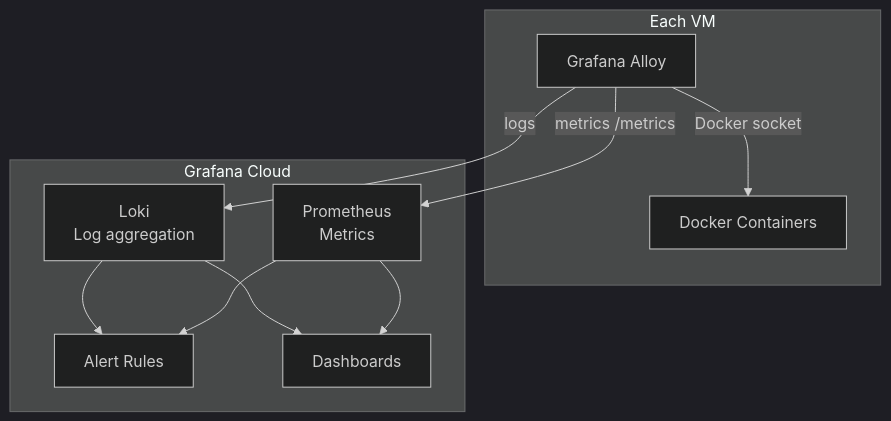
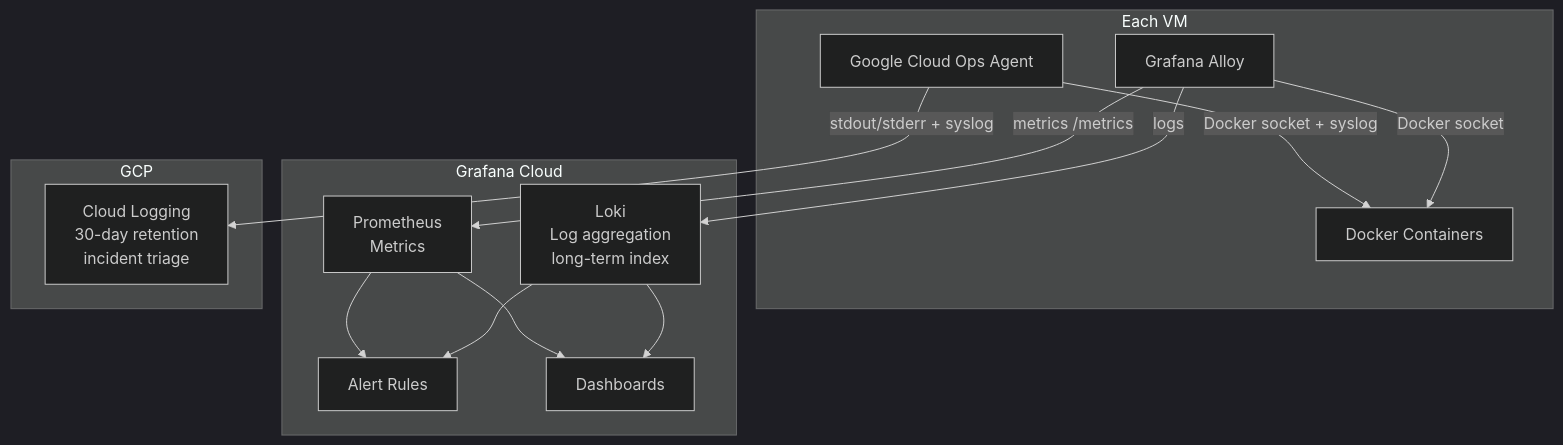
One commit to olcayay/shopify-tracker changed the ninth of 10 diagrams in files/SYSTEM_ARCHITECTURE.md. Above: the diagram before and after it, drawn with Mermaid (dark theme). The commit also changed other lines of this file and 3 other files, not shown here.

````diff
--- a/files/SYSTEM_ARCHITECTURE.md
+++ b/files/SYSTEM_ARCHITECTURE.md
@@ -616,22 +627,29 @@
 ```mermaid
 graph TB
     subgraph "Each VM"
         Alloy[Grafana Alloy]
+        Ops[Google Cloud Ops Agent]
         Docker[Docker Containers]
         Alloy -->|Docker socket| Docker
+        Ops -->|Docker socket + syslog| Docker
     end
 
     subgraph "Grafana Cloud"
-        Loki[Loki<br/>Log aggregation]
+        Loki[Loki<br/>Log aggregation<br/>long-term index]
         Prom[Prometheus<br/>Metrics]
         Alerts[Alert Rules]
         Dashboard[Dashboards]
     end
 
+    subgraph "GCP"
+        CL[Cloud Logging<br/>30-day retention<br/>incident triage]
+    end
+
     Alloy -->|logs| Loki
     Alloy -->|metrics /metrics| Prom
+    Ops -->|stdout/stderr + syslog| CL
     Loki --> Alerts
     Prom --> Alerts
     Loki --> Dashboard
     Prom --> Dashboard
 ```
````
